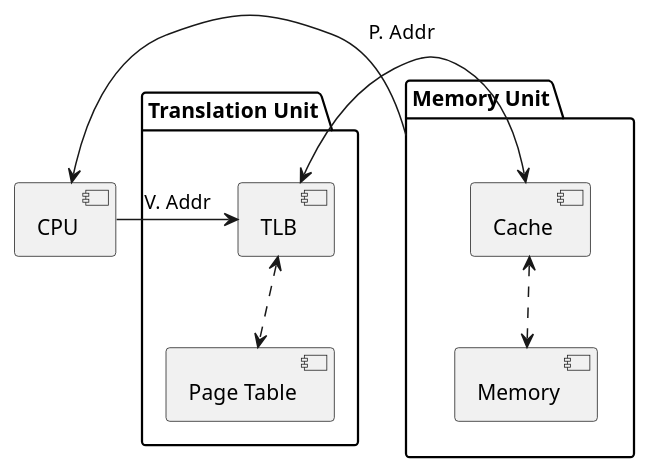
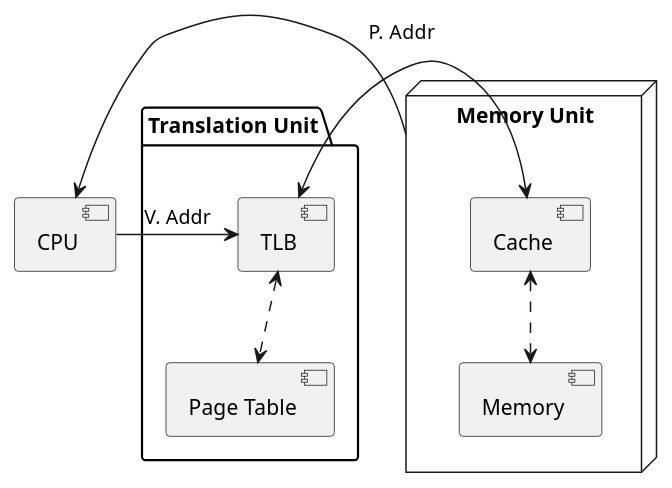
One commit to ashwinreddy/wiki changed the diagram in Computer-Science/Page table.md. Above: the diagram before and after it, drawn with PlantUML.

Commit message:
Updated Page table.md (markdown)

```diff
--- a/Computer-Science/Page table.md
+++ b/Computer-Science/Page table.md
@@ -6,20 +6,20 @@
 @startuml
 
 package "Translation Unit" {
   [TLB]
   [Page Table]
 }
 
-package "Memory Unit" {
+node "Memory Unit" {
     [Cache]
     [Memory]
 }
 
 [CPU]
 
 [CPU] -> [TLB]: V. Addr
 [TLB] <-> [Cache]: P. Addr
 [TLB] <..> [Page Table]
 [Cache] <..> [Memory]
 [Memory Unit] -> [CPU]
 @enduml
```
